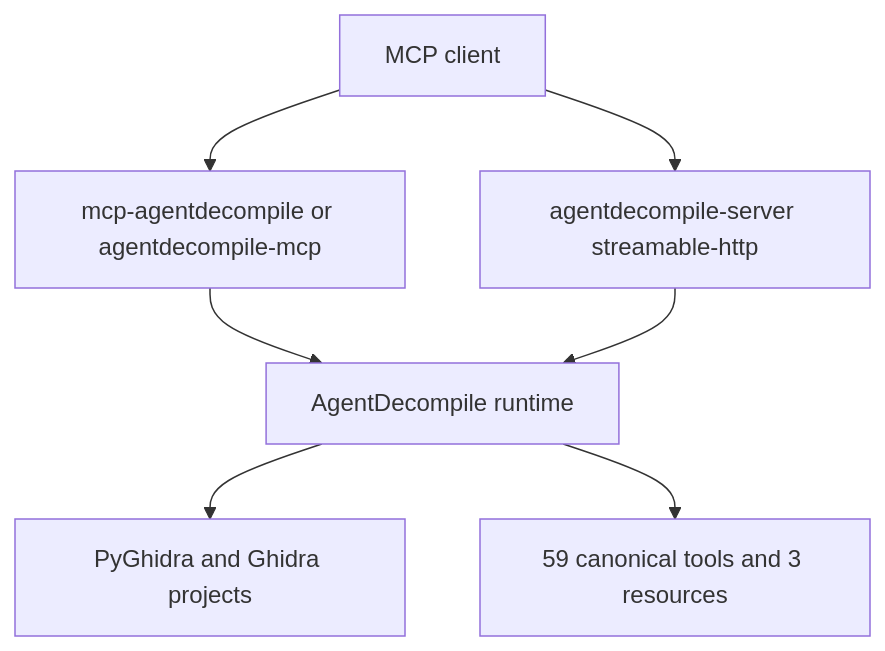
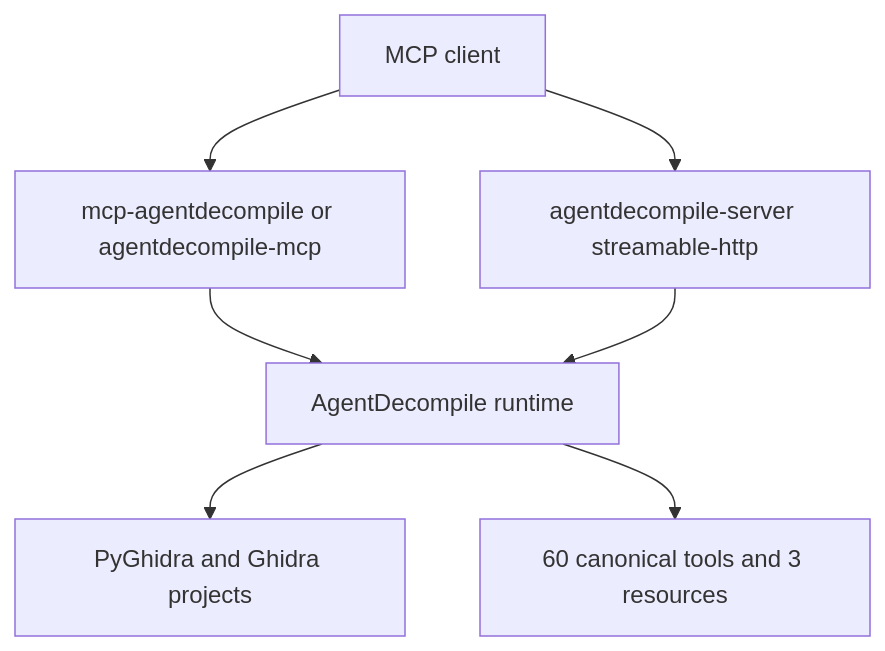
The first of 4 diagrams in README.md (bodecloud/AgentDecompile), drawn with Mermaid before and after one commit. The commit also changed other lines of this file and 3 other files, not shown here.

````diff
--- a/README.md
+++ b/README.md
@@ -9,9 +9,9 @@
 ```mermaid
 flowchart TD
   A[MCP client] --> B[mcp-agentdecompile or agentdecompile-mcp]
   A --> C[agentdecompile-server streamable-http]
   B --> D[AgentDecompile runtime]
   C --> D
   D --> E[PyGhidra and Ghidra projects]
-  D --> F[59 canonical tools and 3 resources]
+  D --> F[60 canonical tools and 3 resources]
 ```
````
